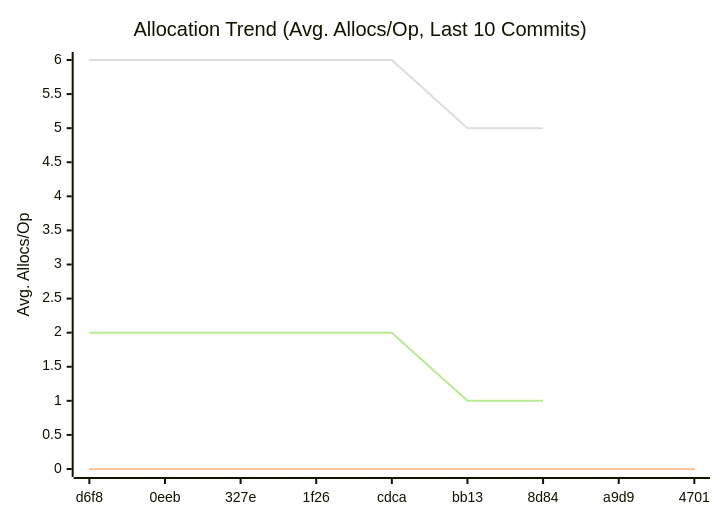
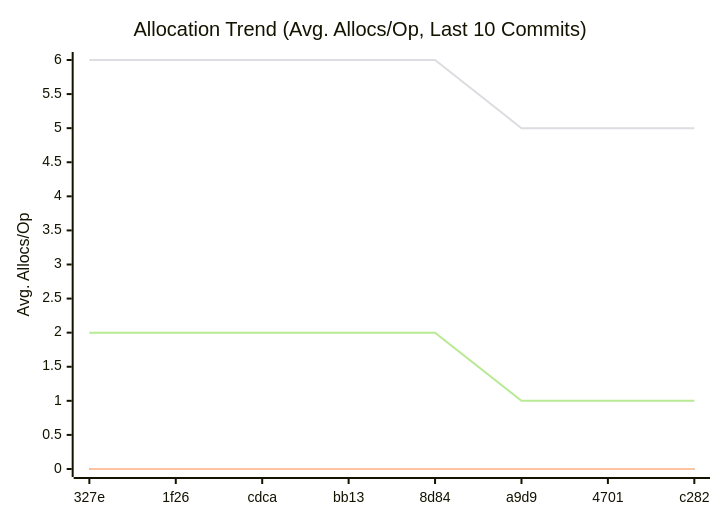
One commit to alsotoes/momo changed the third of 3 diagrams in doc/README.md. Above: the diagram before and after it, drawn with Mermaid. The commit also changed other lines of this file and 1 other file, not shown here.

````diff
--- a/doc/README.md
+++ b/doc/README.md
@@ -322,12 +322,12 @@
 ```mermaid
 xychart-beta
     title "Allocation Trend (Avg. Allocs/Op, Last 10 Commits)"
     x-axis "Commit"
     y-axis "Avg. Allocs/Op"
-    x-axis [d6f8,0eeb,327e,1f26,cdca,bb13,8d84,a9d9,4701]
+    x-axis [327e,1f26,cdca,bb13,8d84,a9d9,4701,c282]
     line "CheckMetricsAndSwap" [0,0,0,0,0,0,0,0,0,0]
     line "IndexDirectTracking" [0,0,0,0,0,0,0,0,0,0]
     line "IndexSearch" [0,0,0,0,0,0,0,0,0,0]
-    line "ParseReplicationOrder_NoPrealloc" [6,6,6,6,6,5,5]
-    line "ParseReplicationOrder_Prealloc" [2,2,2,2,2,1,1]
+    line "ParseReplicationOrder_NoPrealloc" [6,6,6,6,6,5,5,5]
+    line "ParseReplicationOrder_Prealloc" [2,2,2,2,2,1,1,1]
 ```
````
